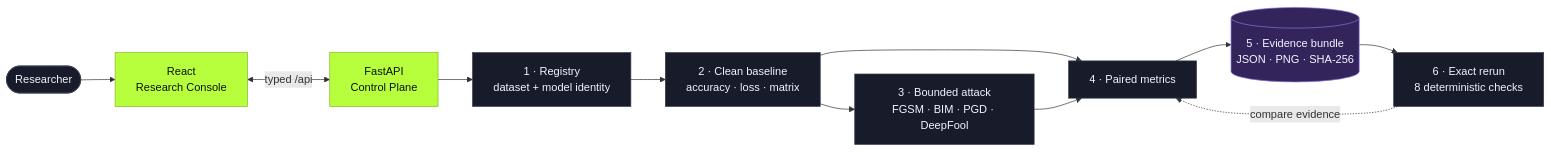
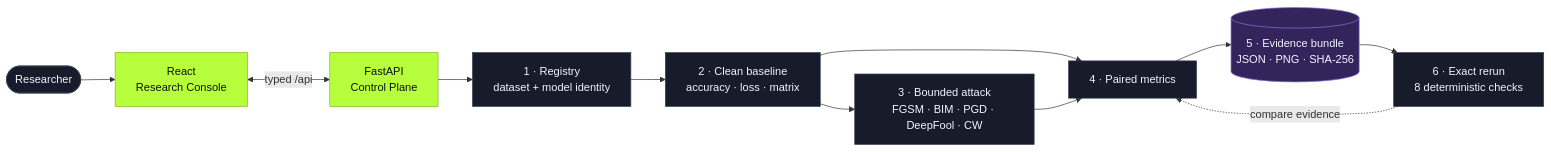
The first of 3 diagrams in README.md (MintKangaroo/AIShield), drawn with Mermaid before and after one commit. The commit also changed other lines of this file and 12 other files, not shown here.

````diff
--- a/README.md
+++ b/README.md
@@ -41,21 +41,21 @@
 ```mermaid
 flowchart LR
     USER(["Researcher"]) --> UI["React<br/>Research Console"]
     UI <-->|"typed /api"| API["FastAPI<br/>Control Plane"]
 
     API --> REG["1 · Registry<br/>dataset + model identity"]
     REG --> BASE["2 · Clean baseline<br/>accuracy · loss · matrix"]
-    BASE --> ATTACK["3 · Bounded attack<br/>FGSM · BIM · PGD · DeepFool"]
+    BASE --> ATTACK["3 · Bounded attack<br/>FGSM · BIM · PGD · DeepFool · CW"]
     BASE --> COMPARE["4 · Paired metrics"]
     ATTACK --> COMPARE
     COMPARE --> EVIDENCE[("5 · Evidence bundle<br/>JSON · PNG · SHA-256")]
     EVIDENCE --> VERIFY["6 · Exact rerun<br/>8 deterministic checks"]
     VERIFY -.->|"compare evidence"| COMPARE
 
     classDef primary fill:#b7ff3c,stroke:#82b91f,color:#0b1110;
     classDef surface fill:#171b2a,stroke:#343b52,color:#f3f5ff;
     classDef evidence fill:#33245c,stroke:#8f72da,color:#f3f5ff;
     class USER,REG,BASE,ATTACK,COMPARE,VERIFY surface;
     class UI,API primary;
     class EVIDENCE evidence;
 ```
````
